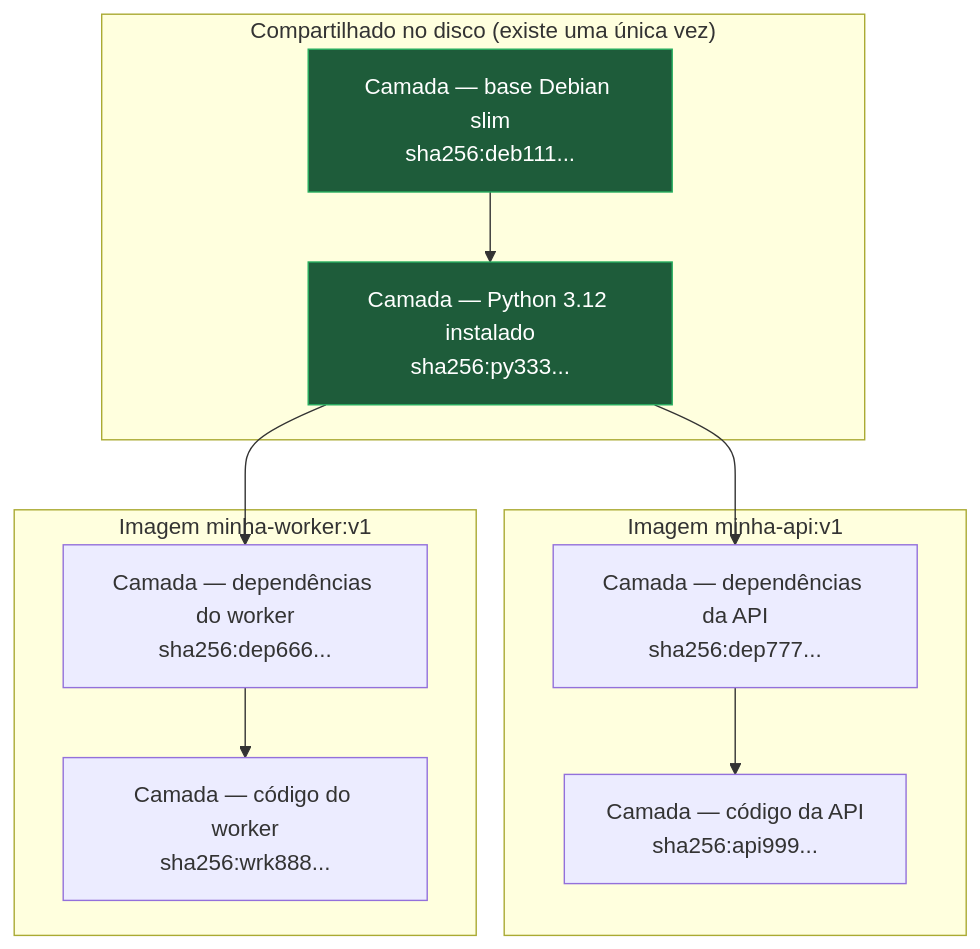
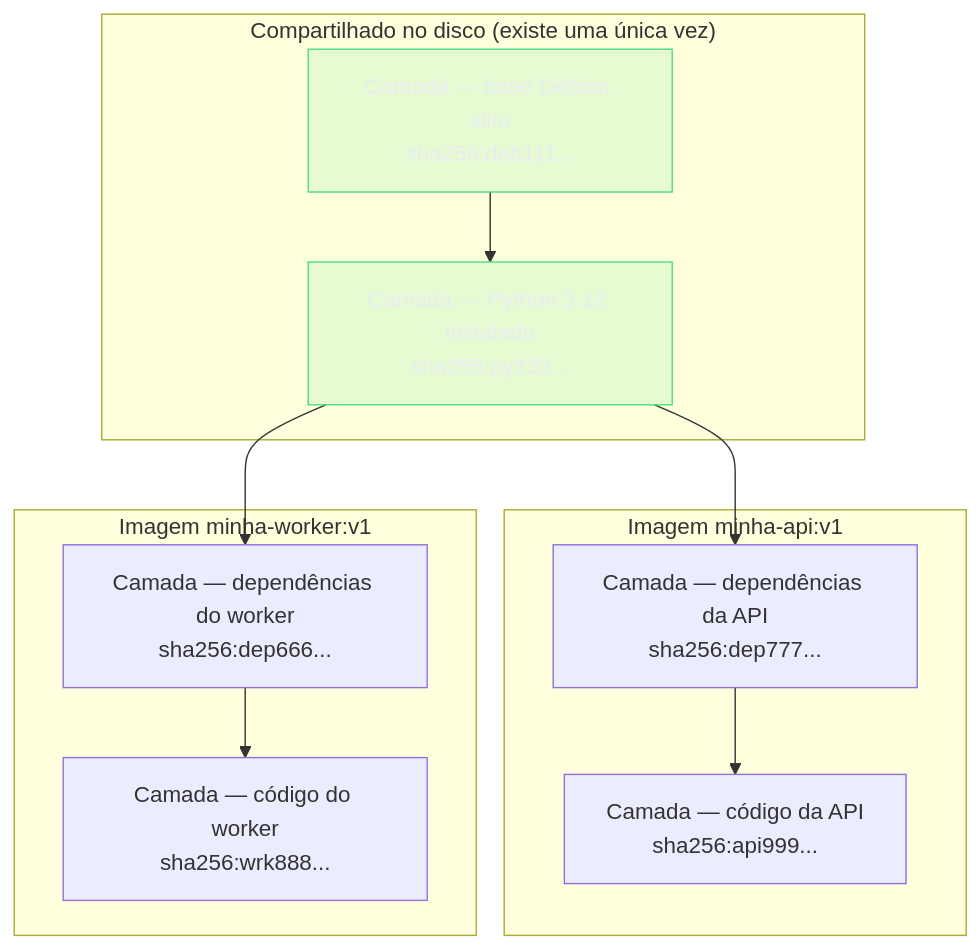
Before and after one commit to josenaldo/codex-technomanticus: the second of 3 diagrams in 03-Dominios/Tecnologia/Infraestrutura/Docker/02 - A anatomia de uma imagem.md, drawn with Mermaid. The commit also changed other lines of this file and 1181 other files, not shown here.

First line of the commit message:
fix(diagramas): paleta do sistema no lugar de cor cravada no markdown

````diff
--- a/03-Dominios/Tecnologia/Infraestrutura/Docker/02 - A anatomia de uma imagem.md
+++ b/03-Dominios/Tecnologia/Infraestrutura/Docker/02 - A anatomia de uma imagem.md
@@ -140,26 +143,27 @@
 ```mermaid
 graph TB
+    classDef ok fill:#4ADE8021,stroke:#4ADE80,color:#E9ECF2
     subgraph "Imagem minha-api:v1"
         A4["Camada — código da API\nsha256:api999..."]
         A3["Camada — dependências da API\nsha256:dep777..."]
     end
 
     subgraph "Imagem minha-worker:v1"
         B4["Camada — código do worker\nsha256:wrk888..."]
         B3["Camada — dependências do worker\nsha256:dep666..."]
     end
 
     subgraph "Compartilhado no disco (existe uma única vez)"
         S2["Camada — Python 3.12 instalado\nsha256:py333..."]
         S1["Camada — base Debian slim\nsha256:deb111..."]
     end
 
     A3 --> A4
     S2 --> A3
     B3 --> B4
     S2 --> B3
     S1 --> S2
 
-    style S1 fill:#1e5c3a,stroke:#27ae60,color:#fff
-    style S2 fill:#1e5c3a,stroke:#27ae60,color:#fff
+    class S1 ok
+    class S2 ok
 ```
````
